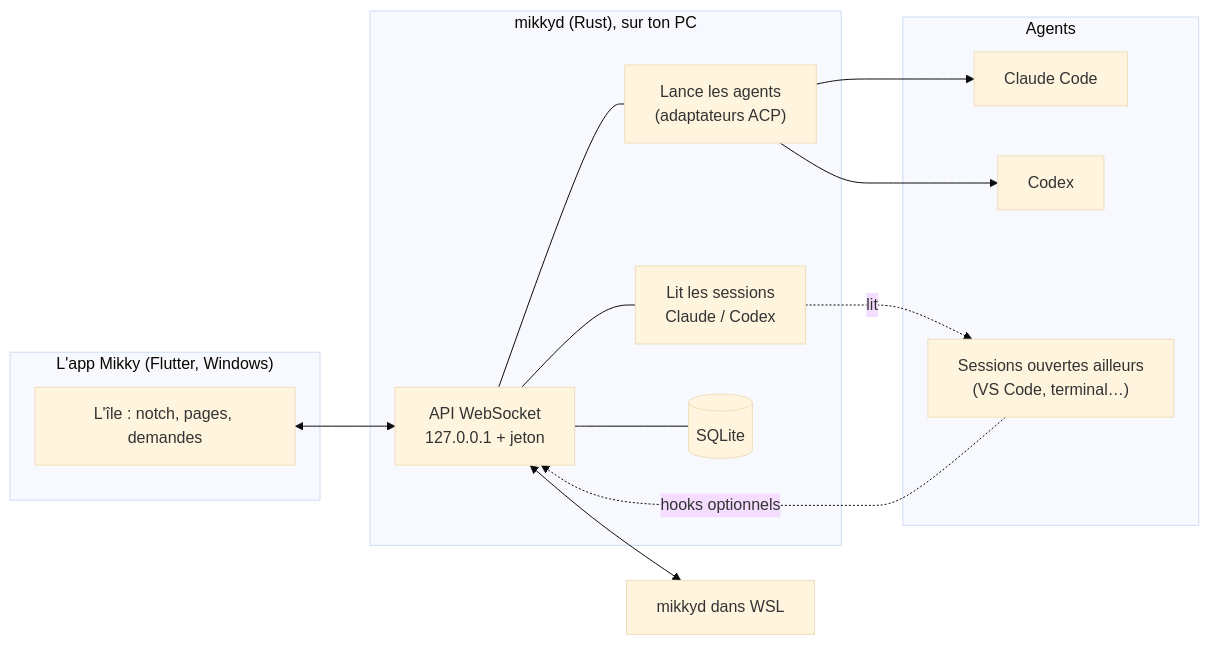
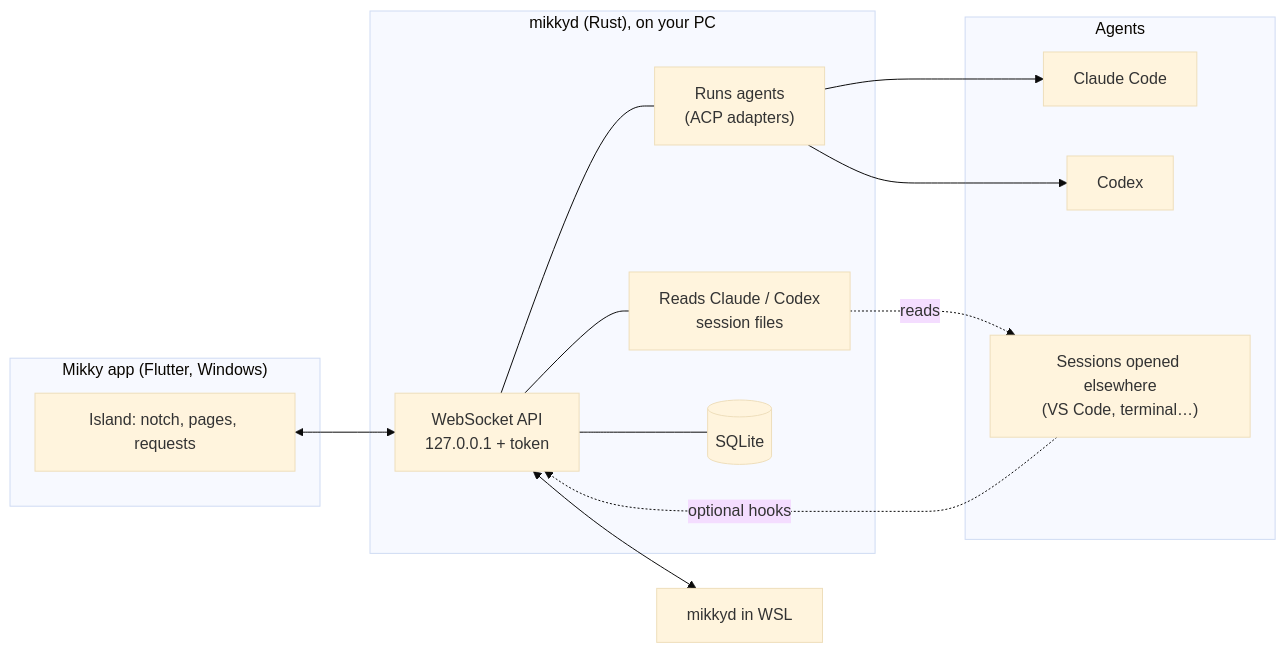
One commit to Gearleur/Mikky changed the diagram in README.md. Above: the diagram before and after it, drawn with Mermaid (base theme). The commit also changed other lines of this file and 3 other files, not shown here.

````diff
--- a/README.md
+++ b/README.md
@@ -53,24 +56,24 @@
 ```mermaid
 flowchart LR
-    subgraph ecran["L'app Mikky (Flutter, Windows)"]
-        ile["L'île : notch, pages, demandes"]
+    subgraph screen["Mikky app (Flutter, Windows)"]
+        island["Island: notch, pages, requests"]
     end
-    subgraph moteur["mikkyd (Rust), sur ton PC"]
-        api["API WebSocket<br/>127.0.0.1 + jeton"]
-        run["Lance les agents<br/>(adaptateurs ACP)"]
-        read["Lit les sessions<br/>Claude / Codex"]
+    subgraph daemon["mikkyd (Rust), on your PC"]
+        api["WebSocket API<br/>127.0.0.1 + token"]
+        run["Runs agents<br/>(ACP adapters)"]
+        read["Reads Claude / Codex<br/>session files"]
         db[("SQLite")]
     end
     subgraph agents["Agents"]
         cc["Claude Code"]
         cx["Codex"]
-        ext["Sessions ouvertes ailleurs<br/>(VS Code, terminal…)"]
+        ext["Sessions opened elsewhere<br/>(VS Code, terminal…)"]
     end
-    wsl["mikkyd dans WSL"]
-    ile <--> api
+    wsl["mikkyd in WSL"]
+    island <--> api
     api --- run & read & db
     run --> cc & cx
-    read -. lit .-> ext
-    ext -. hooks optionnels .-> api
+    read -. reads .-> ext
+    ext -. optional hooks .-> api
     api <--> wsl
 ```
````
